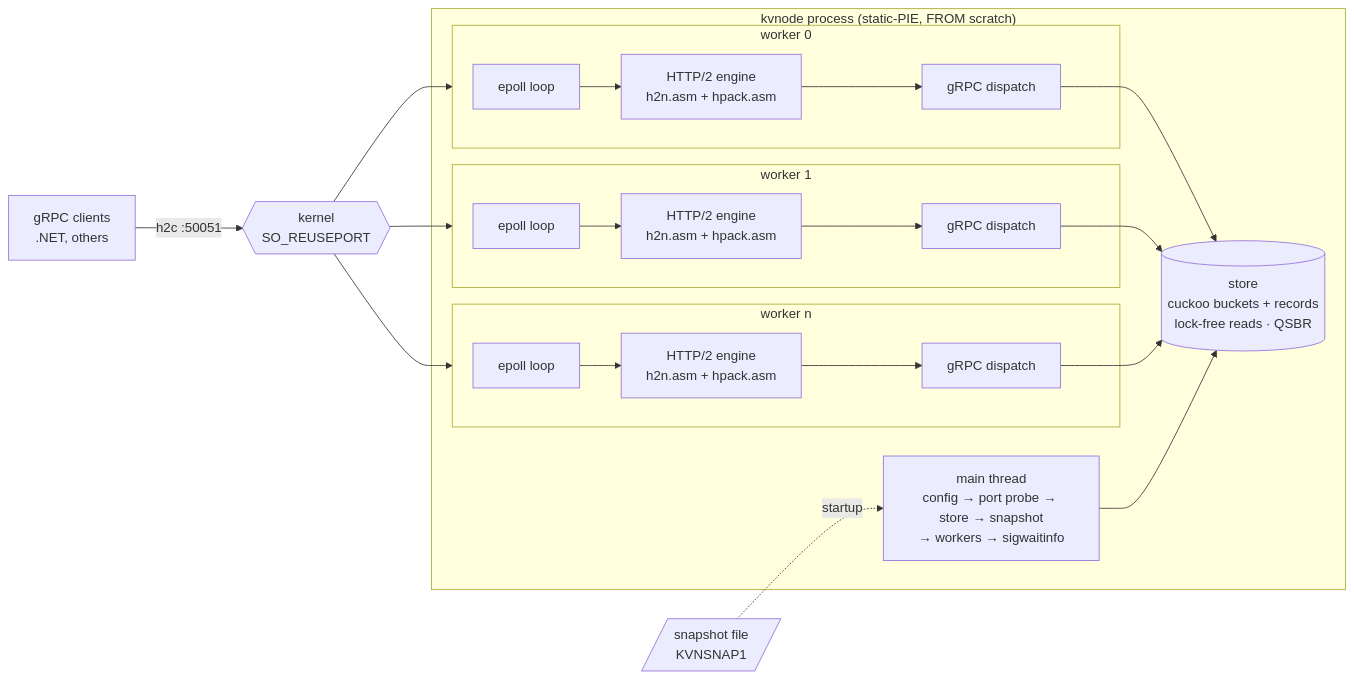
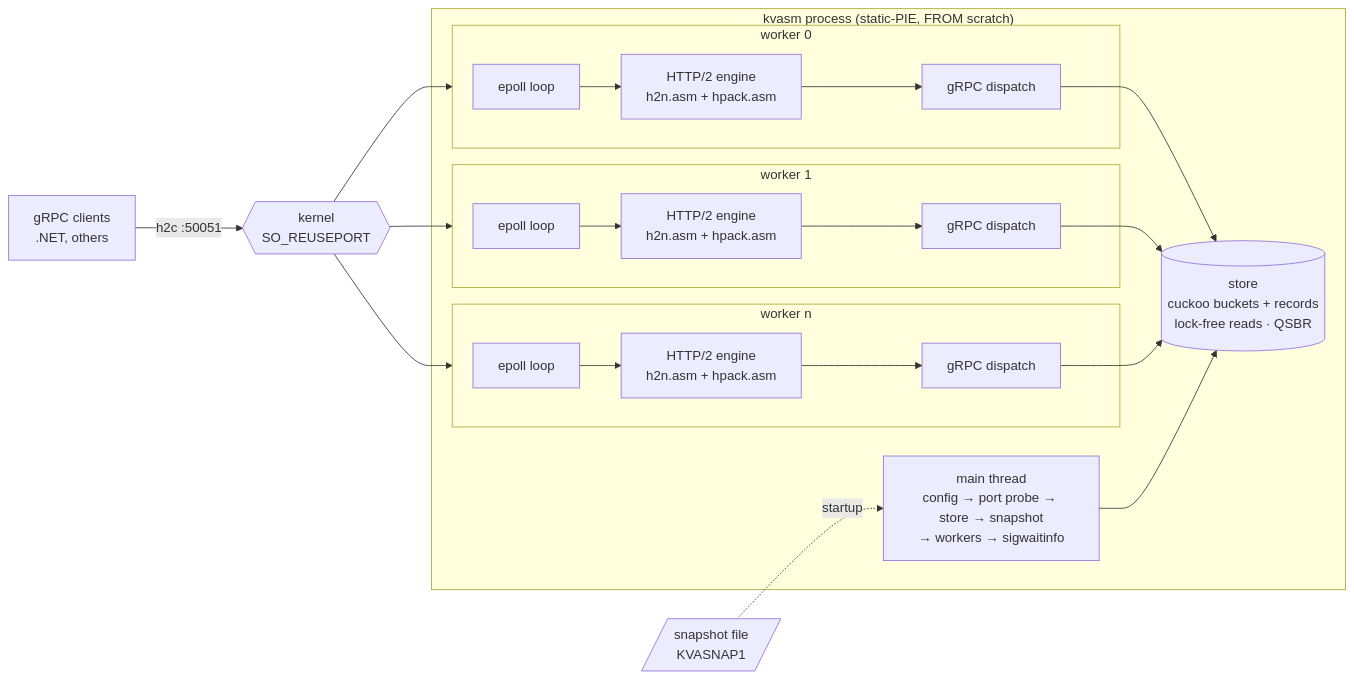
One commit to AsmFoundation/KvAsm changed the first of 2 diagrams in docs/ARCHITECTURE.md. Above: the diagram before and after it, drawn with Mermaid. The commit also changed other lines of this file and 434 other files, not shown here.

````diff
--- a/docs/ARCHITECTURE.md
+++ b/docs/ARCHITECTURE.md
@@ -10,20 +10,20 @@
 ```mermaid
 flowchart LR
     C[gRPC clients<br/>.NET, others] -- "h2c :50051" --> K{{"kernel<br/>SO_REUSEPORT"}}
     K --> W1 & W2 & Wn
-    subgraph P["kvnode process (static-PIE, FROM scratch)"]
+    subgraph P["kvasm process (static-PIE, FROM scratch)"]
         M["main thread<br/>config → port probe → store → snapshot<br/>→ workers → sigwaitinfo"]
         subgraph W1["worker 0"]
             E1[epoll loop] --> N1["HTTP/2 engine<br/>h2n.asm + hpack.asm"] --> G1[gRPC dispatch]
         end
         subgraph W2["worker 1"]
             E2[epoll loop] --> N2["HTTP/2 engine<br/>h2n.asm + hpack.asm"] --> G2[gRPC dispatch]
         end
         subgraph Wn["worker n"]
             En[epoll loop] --> Nn["HTTP/2 engine<br/>h2n.asm + hpack.asm"] --> Gn[gRPC dispatch]
         end
         G1 & G2 & Gn --> S[("store<br/>cuckoo buckets + records<br/>lock-free reads · QSBR")]
         M --> S
     end
-    F[/"snapshot file<br/>KVNSNAP1"/] -. startup .-> M
+    F[/"snapshot file<br/>KVASNAP1"/] -. startup .-> M
 ```
````
